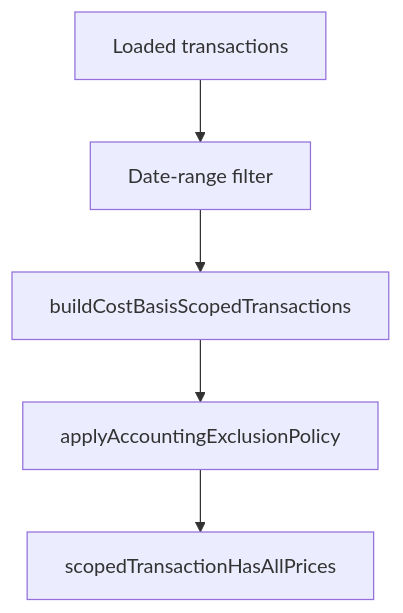
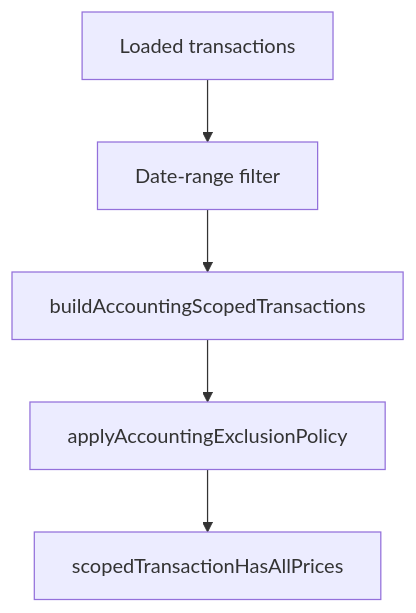
Before and after one commit to jbelanger/exitbook: the first of 2 diagrams in docs/specs/accounting-exclusions.md, drawn with Mermaid. The commit also changed other lines of this file and 33 other files, not shown here.

Commit message:
Move scoped accounting build into accounting layer

````diff
--- a/docs/specs/accounting-exclusions.md
+++ b/docs/specs/accounting-exclusions.md
@@ -168,7 +168,7 @@
 ```mermaid
 graph TD
     A["Loaded transactions"] --> B["Date-range filter"]
-    B --> C["buildCostBasisScopedTransactions"]
+    B --> C["buildAccountingScopedTransactions"]
     C --> D["applyAccountingExclusionPolicy"]
     D --> E["scopedTransactionHasAllPrices"]
 ```
````
